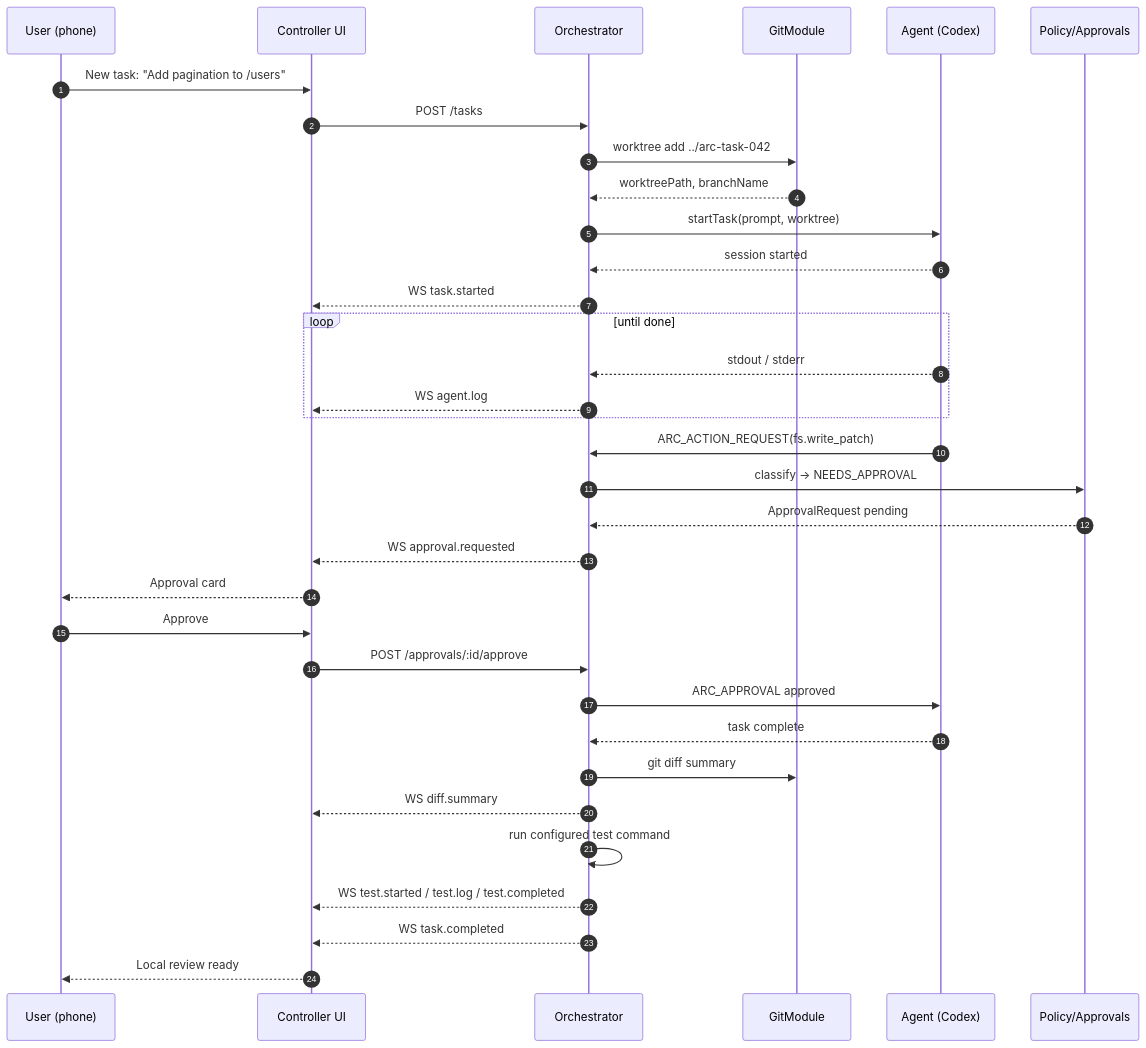
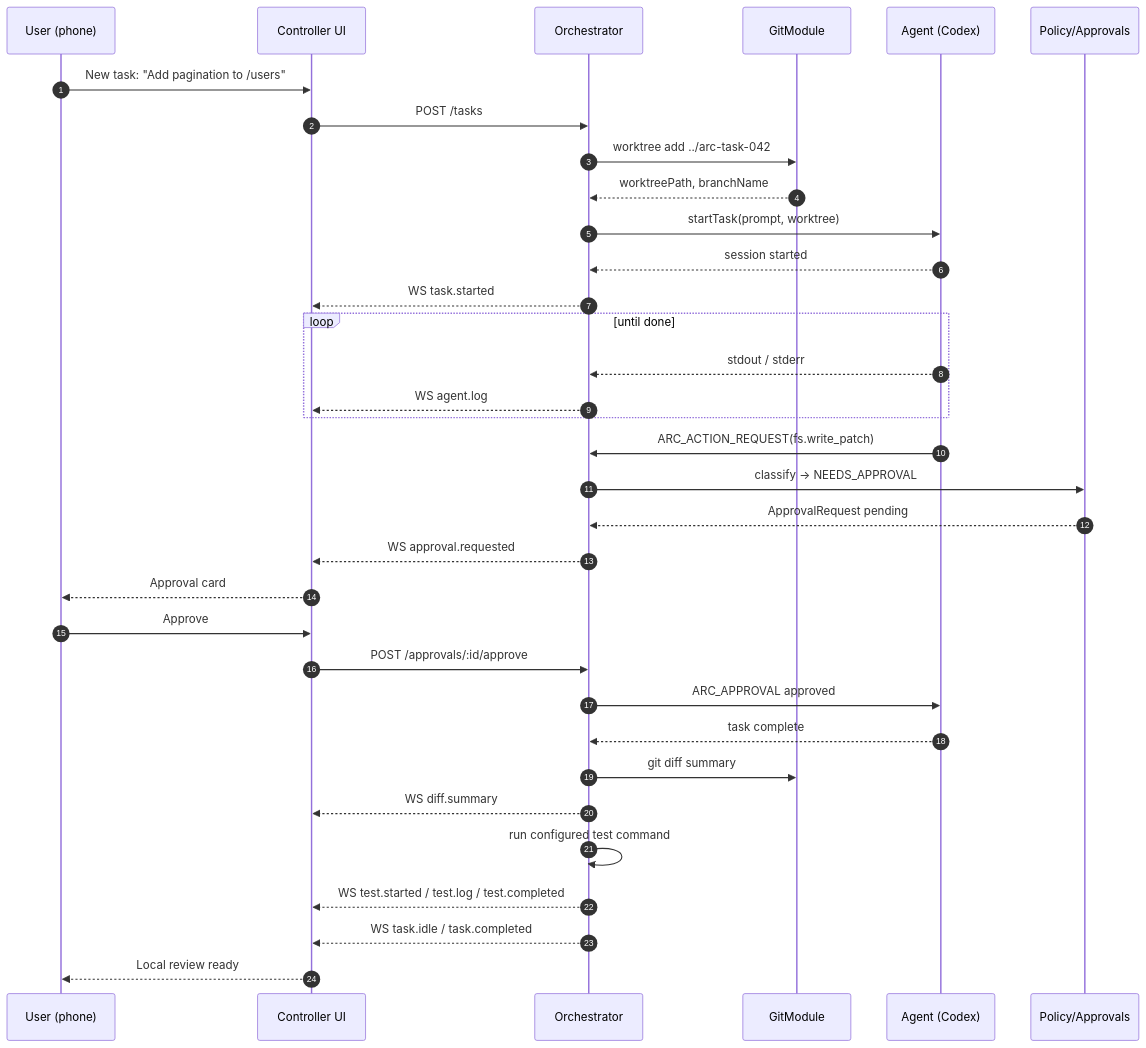
The fifth of 7 diagrams in docs/diagrams.md (mjshuff23/agents-with-remote-control-mobile-controller), drawn with Mermaid before and after one commit. The commit also changed other lines of this file and 25 other files, not shown here.

````diff
--- a/docs/diagrams.md
+++ b/docs/diagrams.md
@@ -253,37 +256,37 @@
 ```mermaid
 sequenceDiagram
   autonumber
   participant U as User (phone)
   participant C as Controller UI
   participant O as Orchestrator
   participant G as GitModule
   participant A as Agent (Codex)
   participant P as Policy/Approvals
 
   U->>C: New task: "Add pagination to /users"
   C->>O: POST /tasks
   O->>G: worktree add ../arc-task-042
   G-->>O: worktreePath, branchName
   O->>A: startTask(prompt, worktree)
   A-->>O: session started
   O-->>C: WS task.started
   loop until done
     A-->>O: stdout / stderr
     O-->>C: WS agent.log
   end
   A->>O: ARC_ACTION_REQUEST(fs.write_patch)
   O->>P: classify -> NEEDS_APPROVAL
   P-->>O: ApprovalRequest pending
   O-->>C: WS approval.requested
   C-->>U: Approval card
   U->>C: Approve
   C->>O: POST /approvals/:id/approve
   O->>A: ARC_APPROVAL approved
   A-->>O: task complete
   O->>G: git diff summary
   O-->>C: WS diff.summary
   O->>O: run configured test command
   O-->>C: WS test.started / test.log / test.completed
-  O-->>C: WS task.completed
+  O-->>C: WS task.idle / task.completed
   C-->>U: Local review ready
 ```
````
